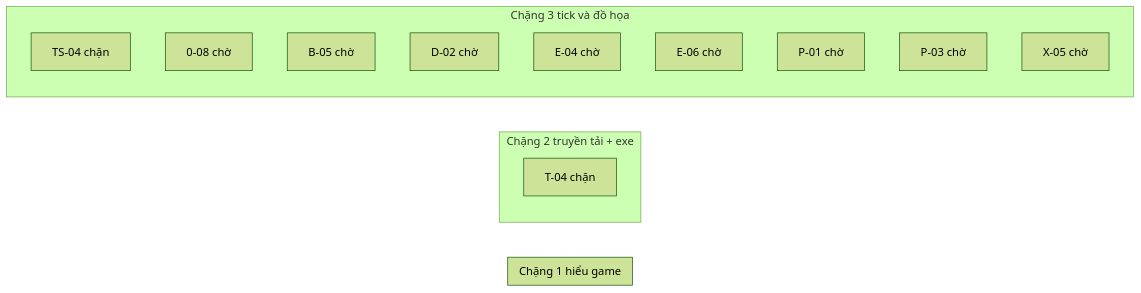
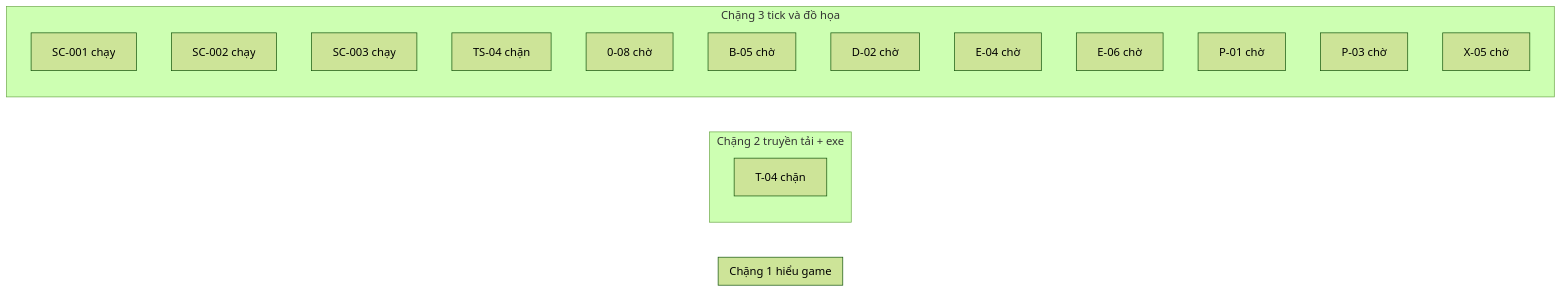
The diagram in JX1_OPS/STATE/TIEN-DO.md (ndtangoss-dev/jx1-reports), drawn with Mermaid (forest theme) before and after one commit. The commit also changed other lines of this file and 16 other files, not shown here.

````diff
--- a/JX1_OPS/STATE/TIEN-DO.md
+++ b/JX1_OPS/STATE/TIEN-DO.md
@@ -9,19 +9,22 @@
 ```mermaid
 flowchart LR
   subgraph S1["Chặng 1 hiểu game"]
   end
   subgraph S2["Chặng 2 truyền tải + exe"]
     T_04["T-04 chặn"]
   end
   subgraph S3["Chặng 3 tick và đồ họa"]
+    SC_001["SC-001 chạy"]
+    SC_002["SC-002 chạy"]
+    SC_003["SC-003 chạy"]
     TS_04["TS-04 chặn"]
     0_08["0-08 chờ"]
     B_05["B-05 chờ"]
     D_02["D-02 chờ"]
     E_04["E-04 chờ"]
     E_06["E-06 chờ"]
     P_01["P-01 chờ"]
     P_03["P-03 chờ"]
     X_05["X-05 chờ"]
   end
 ```
````
